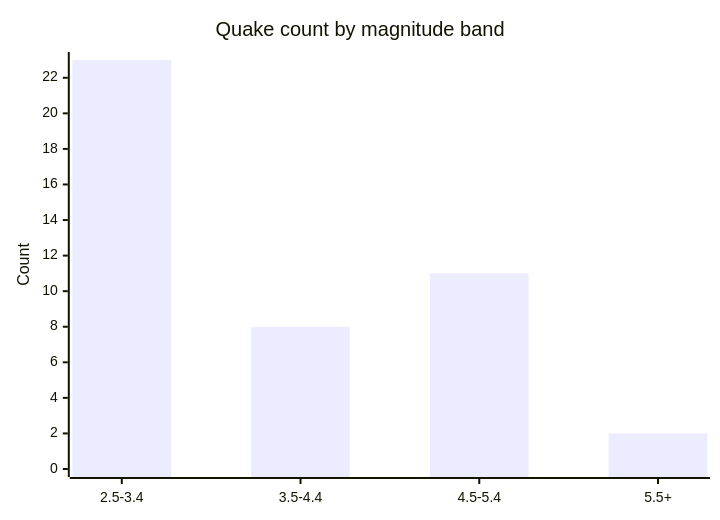
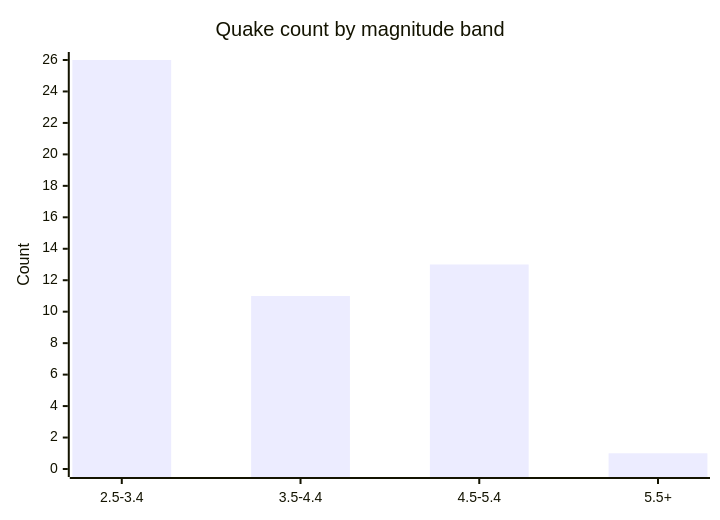
One commit to Midwest-Stratospheric/aerostratospheric-defense-gir changed the fifth of 6 diagrams in docs/GRAPHS.md. Above: the diagram before and after it, drawn with Mermaid. The commit also changed other lines of this file and 26 other files, not shown here.

````diff
--- a/docs/GRAPHS.md
+++ b/docs/GRAPHS.md
@@ -82,7 +82,7 @@
 ```mermaid
 xychart-beta
   title "Quake count by magnitude band"
   x-axis ["2.5-3.4", "3.5-4.4", "4.5-5.4", "5.5+"]
-  y-axis "Count" 0 --> 23
-  bar [23, 8, 11, 2]
+  y-axis "Count" 0 --> 26
+  bar [26, 11, 13, 1]
 ```
````
